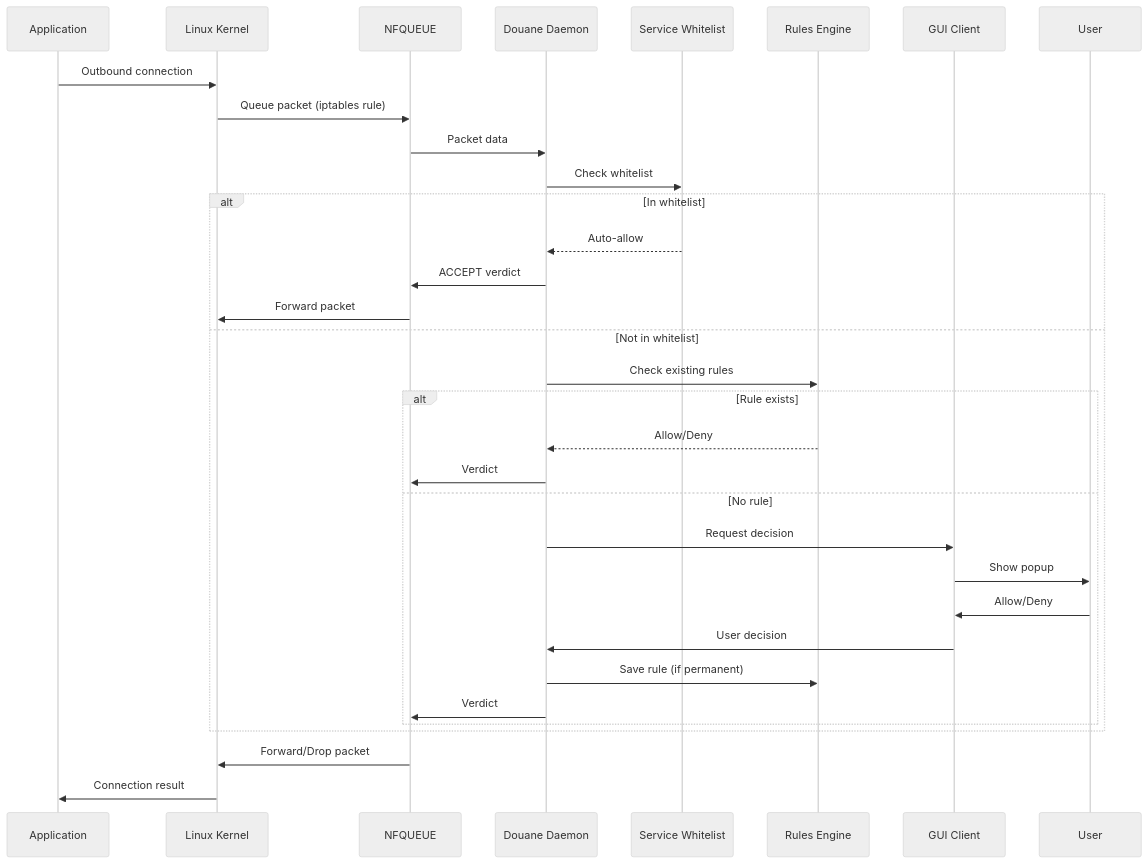
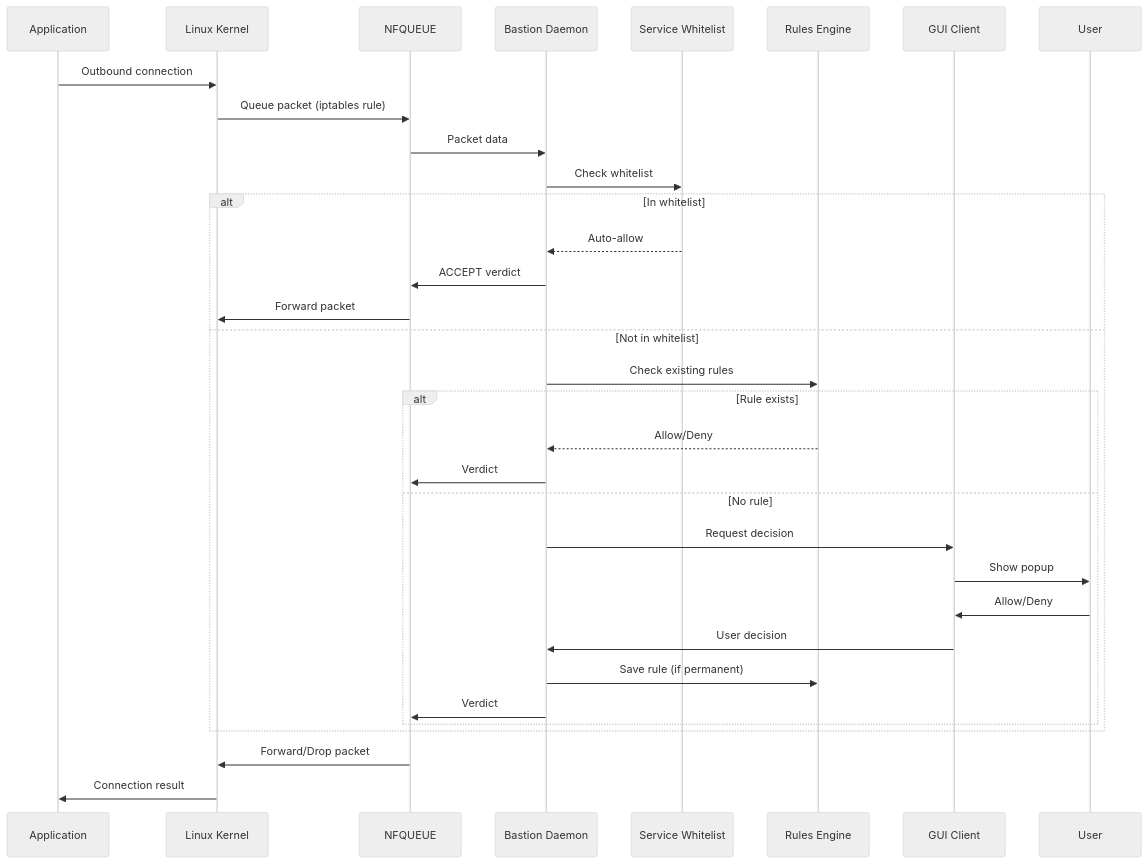
The fourth of 12 diagrams in ARCHITECTURE.md (shipdocs/bastion-firewall), drawn with Mermaid (neutral theme) before and after one commit. The commit also changed other lines of this file and 43 other files, not shown here.

First line of the commit message:
rebrand: Complete rebranding from Douane to Bastion Firewall

````diff
--- a/ARCHITECTURE.md
+++ b/ARCHITECTURE.md
@@ -135,38 +135,38 @@
 ```mermaid
 sequenceDiagram
     participant App as Application
     participant Kernel as Linux Kernel
     participant NFQ as NFQUEUE
-    participant Daemon as Douane Daemon
+    participant Daemon as Bastion Daemon
     participant WL as Service Whitelist
     participant Rules as Rules Engine
     participant GUI as GUI Client
     participant User as User
 
     App->>Kernel: Outbound connection
     Kernel->>NFQ: Queue packet (iptables rule)
     NFQ->>Daemon: Packet data
 
     Daemon->>WL: Check whitelist
     alt In whitelist
         WL-->>Daemon: Auto-allow
         Daemon->>NFQ: ACCEPT verdict
         NFQ->>Kernel: Forward packet
     else Not in whitelist
         Daemon->>Rules: Check existing rules
         alt Rule exists
             Rules-->>Daemon: Allow/Deny
             Daemon->>NFQ: Verdict
         else No rule
             Daemon->>GUI: Request decision
             GUI->>User: Show popup
             User->>GUI: Allow/Deny
             GUI->>Daemon: User decision
             Daemon->>Rules: Save rule (if permanent)
             Daemon->>NFQ: Verdict
         end
     end
 
     NFQ->>Kernel: Forward/Drop packet
     Kernel->>App: Connection result
 ```
````
